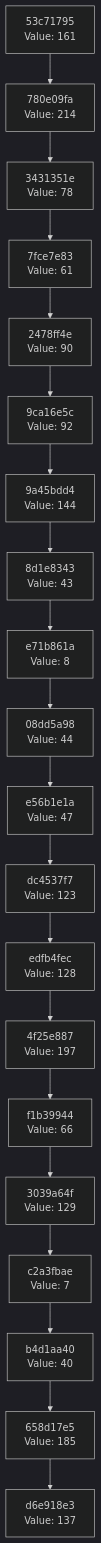
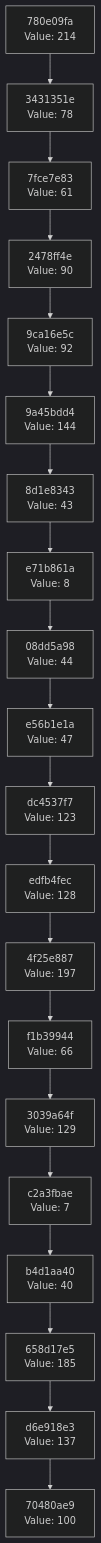
The diagram in docs/CHAIN_VISUALIZATION.md (Abhisheksinha1506/hash-chain-evolver), drawn with Mermaid (dark theme) before and after one commit. The commit also changed 3 other files, not shown here.

````diff
--- a/docs/CHAIN_VISUALIZATION.md
+++ b/docs/CHAIN_VISUALIZATION.md
@@ -3,42 +3,42 @@
 ```mermaid
 graph TD
-    C0["d6e918e3<br/>Value: 137"]
-    C1["658d17e5<br/>Value: 185"]
+    C0["70480ae9<br/>Value: 100"]
+    C1["d6e918e3<br/>Value: 137"]
     C1 --> C0
-    C2["b4d1aa40<br/>Value: 40"]
+    C2["658d17e5<br/>Value: 185"]
     C2 --> C1
-    C3["c2a3fbae<br/>Value: 7"]
+    C3["b4d1aa40<br/>Value: 40"]
     C3 --> C2
-    C4["3039a64f<br/>Value: 129"]
+    C4["c2a3fbae<br/>Value: 7"]
     C4 --> C3
-    C5["f1b39944<br/>Value: 66"]
+    C5["3039a64f<br/>Value: 129"]
     C5 --> C4
-    C6["4f25e887<br/>Value: 197"]
+    C6["f1b39944<br/>Value: 66"]
     C6 --> C5
-    C7["edfb4fec<br/>Value: 128"]
+    C7["4f25e887<br/>Value: 197"]
     C7 --> C6
-    C8["dc4537f7<br/>Value: 123"]
+    C8["edfb4fec<br/>Value: 128"]
     C8 --> C7
-    C9["e56b1e1a<br/>Value: 47"]
+    C9["dc4537f7<br/>Value: 123"]
     C9 --> C8
-    C10["08dd5a98<br/>Value: 44"]
+    C10["e56b1e1a<br/>Value: 47"]
     C10 --> C9
-    C11["e71b861a<br/>Value: 8"]
+    C11["08dd5a98<br/>Value: 44"]
     C11 --> C10
-    C12["8d1e8343<br/>Value: 43"]
+    C12["e71b861a<br/>Value: 8"]
     C12 --> C11
-    C13["9a45bdd4<br/>Value: 144"]
+    C13["8d1e8343<br/>Value: 43"]
     C13 --> C12
-    C14["9ca16e5c<br/>Value: 92"]
+    C14["9a45bdd4<br/>Value: 144"]
     C14 --> C13
-    C15["2478ff4e<br/>Value: 90"]
+    C15["9ca16e5c<br/>Value: 92"]
     C15 --> C14
-    C16["7fce7e83<br/>Value: 61"]
+    C16["2478ff4e<br/>Value: 90"]
     C16 --> C15
-    C17["3431351e<br/>Value: 78"]
+    C17["7fce7e83<br/>Value: 61"]
     C17 --> C16
-    C18["780e09fa<br/>Value: 214"]
+    C18["3431351e<br/>Value: 78"]
     C18 --> C17
-    C19["53c71795<br/>Value: 161"]
+    C19["780e09fa<br/>Value: 214"]
     C19 --> C18
 ```
````
